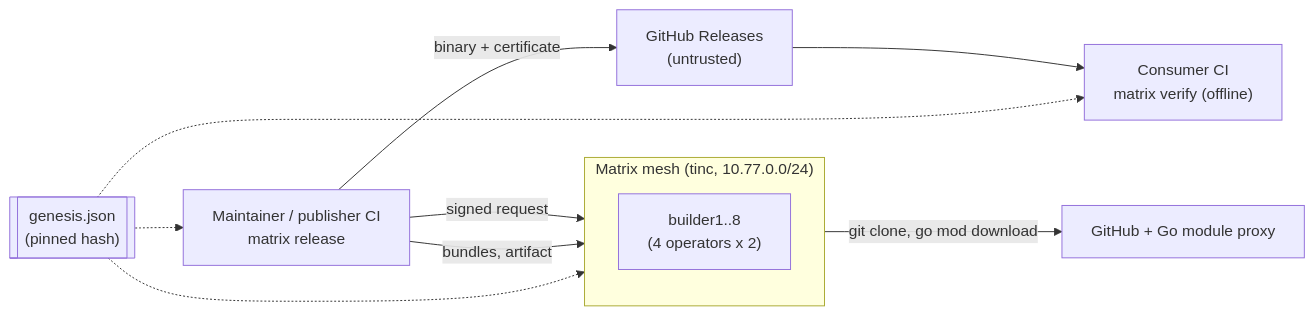
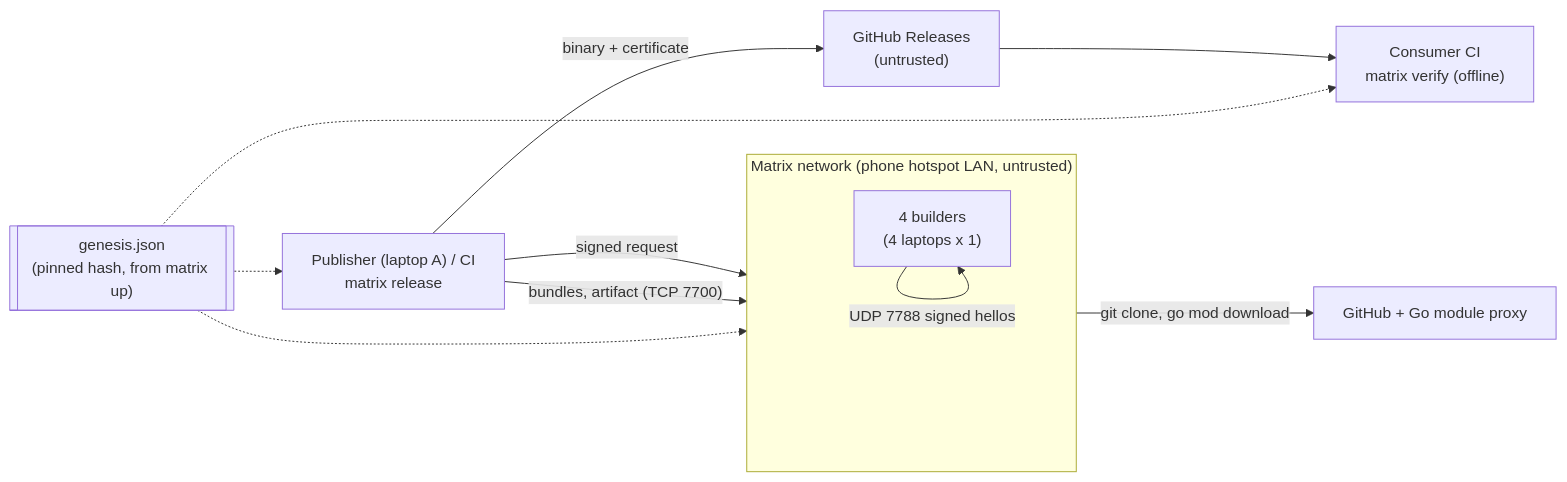
The first of 5 diagrams in docs/HLD.md (ChaoticNebula5/Matrix), drawn with Mermaid before and after one commit. The commit also changed other lines of this file and 8 other files, not shown here.

Commit message:
Docs: RFC rev 5 (LAN discovery, founding ceremony, one builder per laptop, persistent queue)

````diff
--- a/docs/HLD.md
+++ b/docs/HLD.md
@@ -29,14 +32,15 @@
 ```mermaid
 flowchart LR
-    MAINT["Maintainer / publisher CI<br/>matrix release"] -->|"signed request"| MESH
-    subgraph MESH["Matrix mesh (tinc, 10.77.0.0/24)"]
-        B1["builder1..8<br/>(4 operators x 2)"]
+    MAINT["Publisher (laptop A) / CI<br/>matrix release"] -->|"signed request"| MESH
+    subgraph MESH["Matrix network (phone hotspot LAN, untrusted)"]
+        B1["4 builders<br/>(4 laptops x 1)"]
+        B1 -->|"UDP 7788 signed hellos"| B1
     end
     MESH -->|"git clone, go mod download"| GH["GitHub + Go module proxy"]
-    MAINT -->|"bundles, artifact"| MESH
+    MAINT -->|"bundles, artifact (TCP 7700)"| MESH
     MAINT -->|"binary + certificate"| REL["GitHub Releases<br/>(untrusted)"]
     REL --> CONS["Consumer CI<br/>matrix verify (offline)"]
-    GEN[["genesis.json<br/>(pinned hash)"]] -.-> MAINT
+    GEN[["genesis.json<br/>(pinned hash, from matrix up)"]] -.-> MAINT
     GEN -.-> MESH
     GEN -.-> CONS
 ```
````
